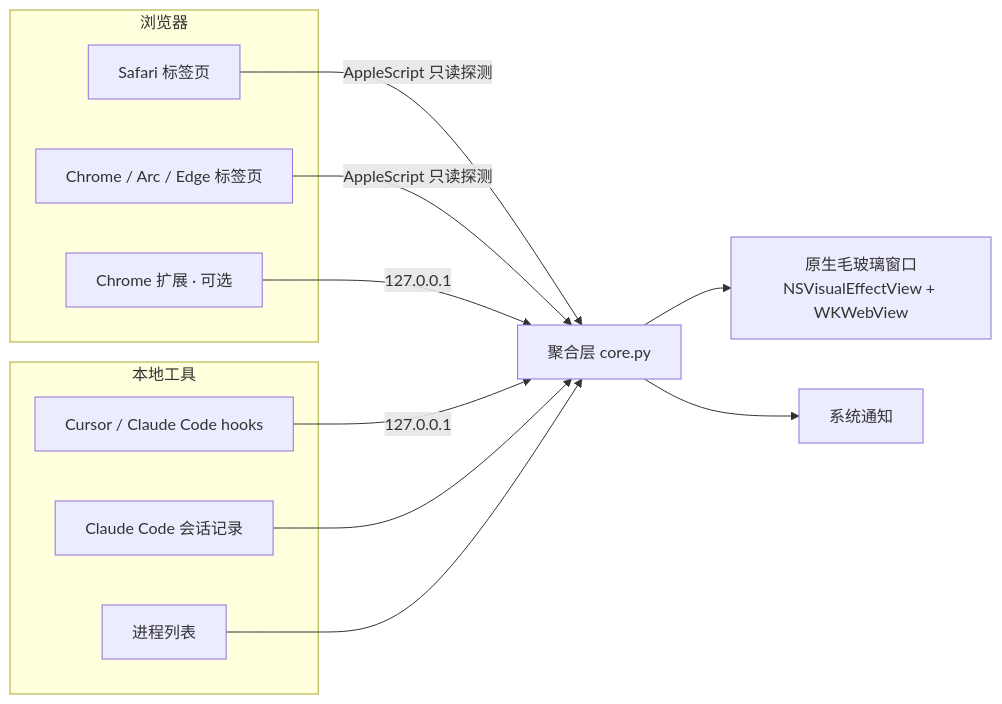
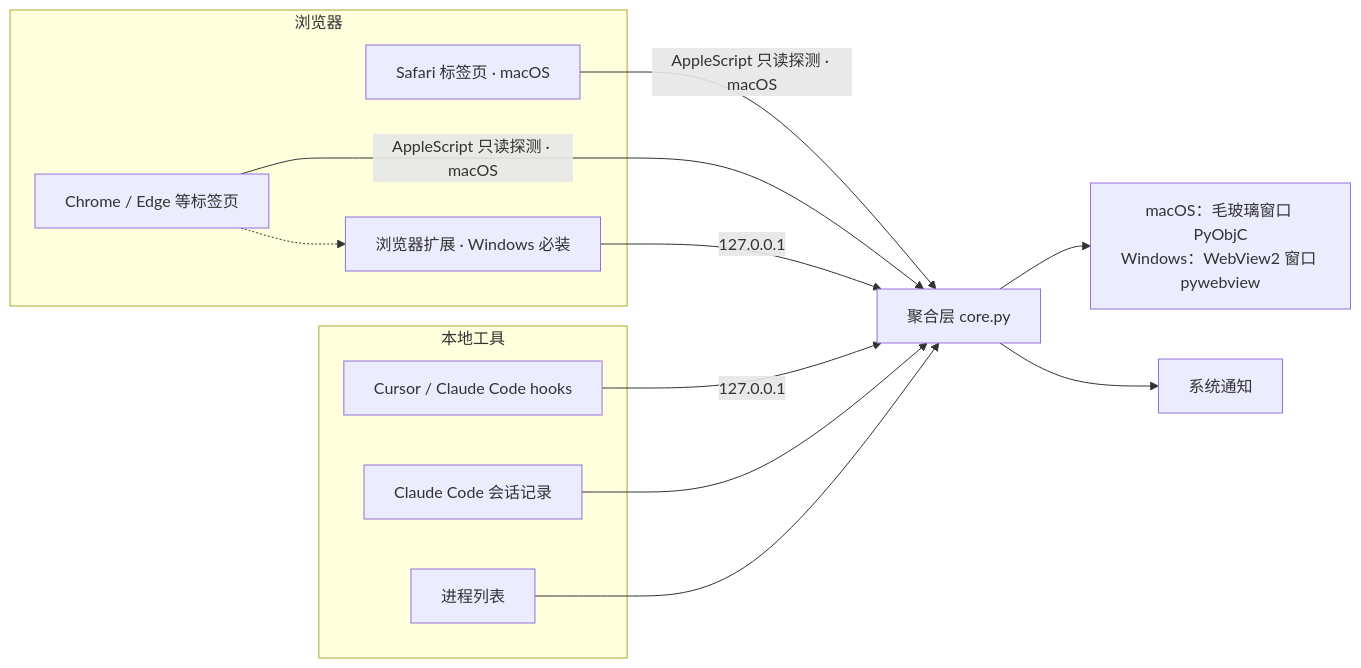
One commit to hfliyc-collab/ai-activity changed the diagram in README.md. Above: the diagram before and after it, drawn with Mermaid. The commit also changed other lines of this file and 17 other files, not shown here.

````diff
--- a/README.md
+++ b/README.md
@@ -100,20 +116,21 @@
 ```mermaid
 flowchart LR
     subgraph 浏览器
-      S[Safari 标签页]
-      C[Chrome / Arc / Edge 标签页]
-      X[Chrome 扩展 · 可选]
+      S[Safari 标签页 · macOS]
+      C[Chrome / Edge 等标签页]
+      X[浏览器扩展 · Windows 必装]
     end
     subgraph 本地工具
       CC[Claude Code 会话记录]
       H[Cursor / Claude Code hooks]
       P[进程列表]
     end
-    S & C -- AppleScript 只读探测 --> A
+    S & C -- AppleScript 只读探测 · macOS --> A
+    C -.-> X
     X -- 127.0.0.1 --> A
     H -- 127.0.0.1 --> A
     CC --> A
     P --> A
-    A[聚合层 core.py] --> UI[原生毛玻璃窗口<br>NSVisualEffectView + WKWebView]
+    A[聚合层 core.py] --> UI[macOS：毛玻璃窗口 PyObjC<br>Windows：WebView2 窗口 pywebview]
     A --> N[系统通知]
 ```
````
